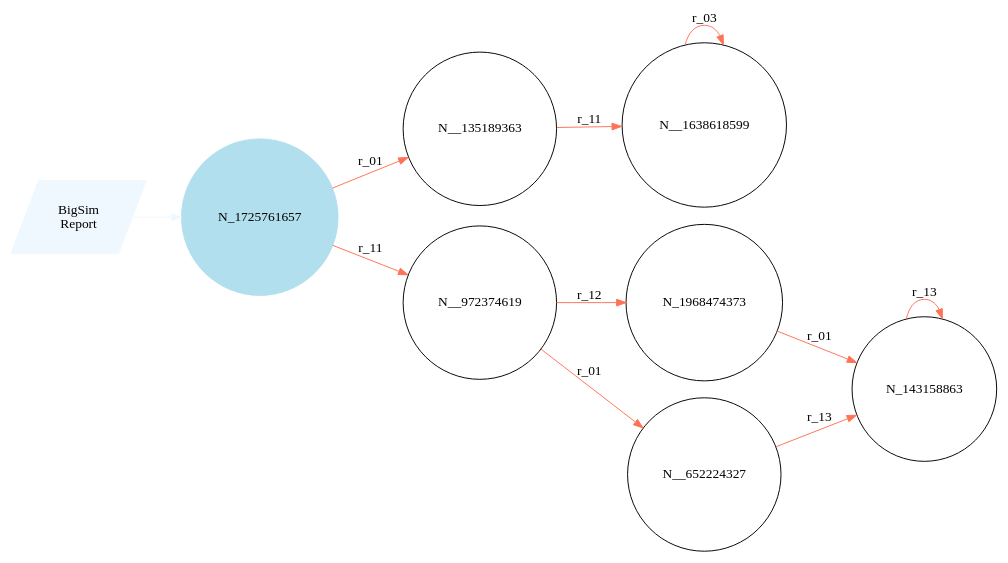
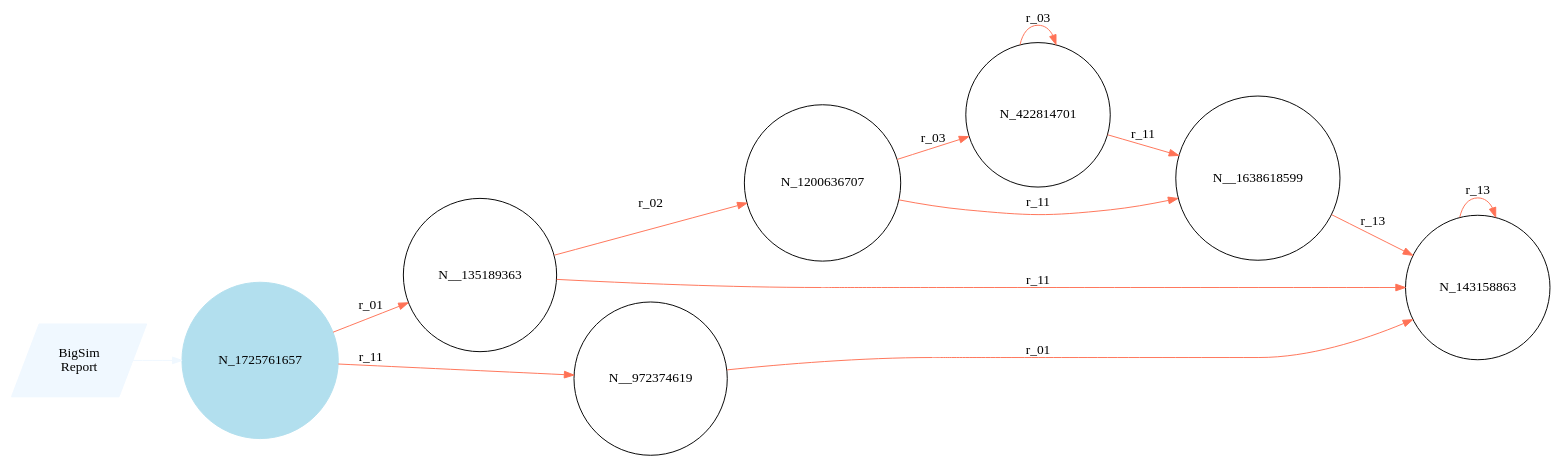
The diagram in Examples/111/results/CriticalZone.dot (wangmin1409/BigSim), drawn with Graphviz before and after one commit. The commit also changed 2 other files, not shown here.

```diff
--- a/Examples/111/results/CriticalZone.dot
+++ b/Examples/111/results/CriticalZone.dot
@@ -1,25 +1,27 @@
 digraph reaction_graph {
    rankdir=LR;
    Node [shape = circle];
    BigSim_Report [shape = parallelogram color = aliceblue style=filled label="BigSim
 Report"];
 BigSim_Report -> N_1725761657[color = aliceblue label = ""];
  N_1725761657
  [shape=circle, color=lightblue2, style=filled];
-N_1968474373[ label="N_1968474373"];
- N_1968474373 -> N_143158863[ color = coral1 label = "r_01"];
+N_422814701[ label="N_422814701"];
+ N_422814701 -> N_422814701[ color = coral1 label = "r_03"];
+ N_422814701 -> N__1638618599[ color = coral1 label = "r_11"];
 N__135189363[ label="N__135189363"];
- N__135189363 -> N__1638618599[ color = coral1 label = "r_11"];
+ N__135189363 -> N_1200636707[ color = coral1 label = "r_02"];
+ N__135189363 -> N_143158863[ color = coral1 label = "r_11"];
+N_1200636707[ label="N_1200636707"];
+ N_1200636707 -> N_422814701[ color = coral1 label = "r_03"];
+ N_1200636707 -> N__1638618599[ color = coral1 label = "r_11"];
 N__972374619[ label="N__972374619"];
- N__972374619 -> N__652224327[ color = coral1 label = "r_01"];
- N__972374619 -> N_1968474373[ color = coral1 label = "r_12"];
+ N__972374619 -> N_143158863[ color = coral1 label = "r_01"];
 N_1725761657[ label="N_1725761657"];
+ N_1725761657 -> N__135189363[ color = coral1 label = "r_01"];
  N_1725761657 -> N__972374619[ color = coral1 label = "r_11"];
- N_1725761657 -> N__135189363[ color = coral1 label = "r_01"];
+N__1638618599[ label="N__1638618599"];
+ N__1638618599 -> N_143158863[ color = coral1 label = "r_13"];
 N_143158863[ label="N_143158863"];
  N_143158863 -> N_143158863[ color = coral1 label = "r_13"];
-N__1638618599[ label="N__1638618599"];
- N__1638618599 -> N__1638618599[ color = coral1 label = "r_03"];
-N__652224327[ label="N__652224327"];
- N__652224327 -> N_143158863[ color = coral1 label = "r_13"];
 }
```
